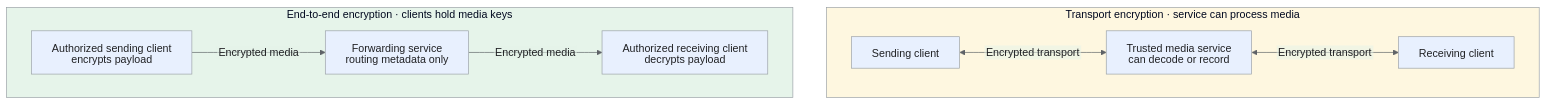
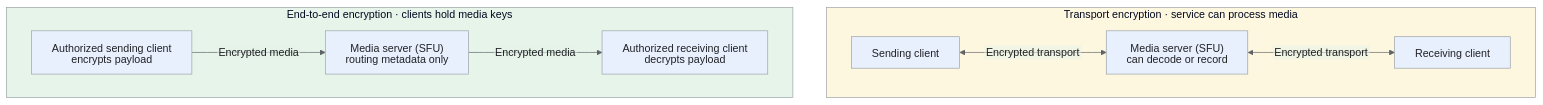
One commit to iliazlobin/iliazlobin.github.io changed the seventh of 7 diagrams in _designs/system-design-video-conferencing-zoom.md. Above: the diagram before and after it, drawn with Mermaid. The commit also changed other lines of this file and 4 other files, not shown here.

Commit message:
docs: verify Zoom concept introductions and readable flows

````diff
--- a/_designs/system-design-video-conferencing-zoom.md
+++ b/_designs/system-design-video-conferencing-zoom.md
@@ -438,19 +438,19 @@
 ```mermaid
 %%{init: {'theme':'base','htmlLabels':false,'flowchart':{'htmlLabels':false},'themeVariables':{'fontFamily':'Arial, sans-serif','primaryColor':'#e8f0fe','primaryTextColor':'#202124','primaryBorderColor':'#9aa0a6','lineColor':'#5f6368','secondaryColor':'#e6f4ea','tertiaryColor':'#fef7e0','actorBkg':'#e8f0fe','actorBorder':'#9aa0a6','actorTextColor':'#202124','noteBkgColor':'#fef7e0','noteTextColor':'#202124','noteBorderColor':'#9aa0a6','signalColor':'#5f6368','signalTextColor':'#202124','labelBoxBkgColor':'#fef7e0','labelBoxBorderColor':'#9aa0a6'}}}%%
 flowchart TB
   subgraph TRANSPORT["Transport encryption · service can process media"]
-    T1["Sending client"] <-->|"Encrypted transport"| S["Trusted media service<br>can decode or record"]
+    T1["Sending client"] <-->|"Encrypted transport"| S["Media server (SFU)<br>can decode or record"]
     S <-->|"Encrypted transport"| T2["Receiving client"]
   end
   subgraph E2EE["End-to-end encryption · clients hold media keys"]
-    E1["Authorized sending client<br>encrypts payload"] -->|"Encrypted media"| F["Forwarding service<br>routing metadata only"]
+    E1["Authorized sending client<br>encrypts payload"] -->|"Encrypted media"| F["Media server (SFU)<br>routing metadata only"]
     F -->|"Encrypted media"| E2["Authorized receiving client<br>decrypts payload"]
   end
   style TRANSPORT fill:#fef7e0,stroke:#9aa0a6,color:#202124
   style E2EE fill:#e6f4ea,stroke:#9aa0a6,color:#202124
 classDef request fill:#e8f0fe,stroke:#9aa0a6,color:#202124;
 classDef data fill:#e6f4ea,stroke:#9aa0a6,color:#202124;
 classDef control fill:#fef7e0,stroke:#9aa0a6,color:#202124;
 classDef danger fill:#fce8e6,stroke:#9aa0a6,color:#202124;
 class T1,S,T2,E1,F,E2 request;
 ```
````
